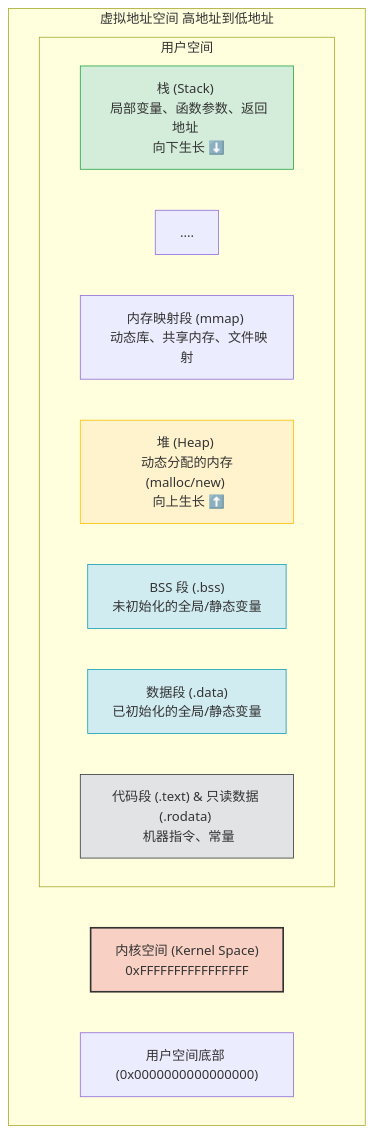
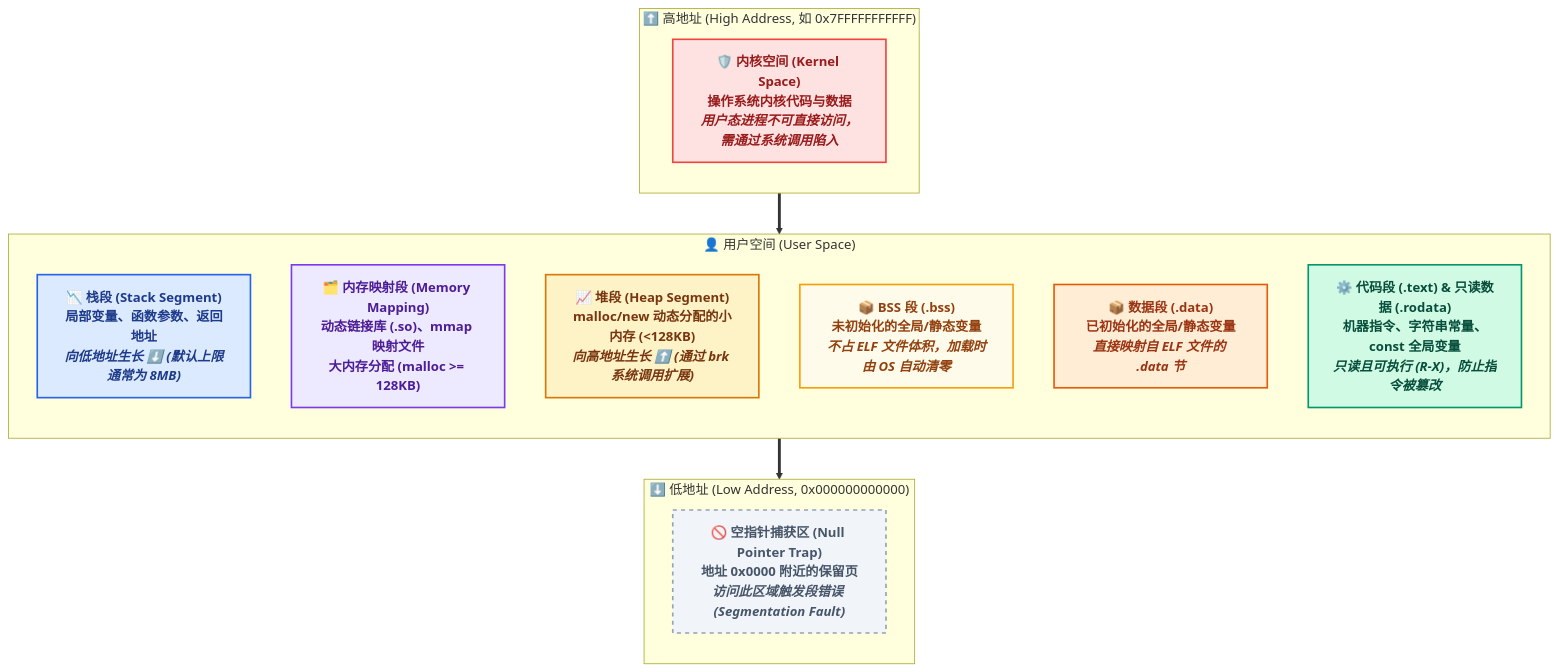
Before and after one commit to dmjcb/dmjcb.github.io: the ninth of 10 diagrams in _posts/c_c++/compile/2021-06-15-编译过程.md, drawn with Mermaid. The commit also changed other lines of this file and 14 other files, not shown here.

````diff
--- a/_posts/c_c++/compile/2021-06-15-编译过程.md
+++ b/_posts/c_c++/compile/2021-06-15-编译过程.md
@@ -670,32 +980,51 @@
 ```mermaid
-graph TB
-    subgraph 虚拟地址空间 高地址到低地址
-        direction LR
-        
-        K["内核空间 (Kernel Space) <br/> 0xFFFFFFFFFFFFFFFF"]
-        
-        subgraph 用户空间
-            direction LR
-            Stack["栈 (Stack) <br/> 局部变量、函数参数、返回地址 <br/> 向下生长 ⬇️"]
-            
-            Space1[" ...."]
-            
-            MMap["内存映射段 (mmap) <br/> 动态库、共享内存、文件映射"]
-            
-            Heap["堆 (Heap) <br/> 动态分配的内存 (malloc/new) <br/> 向上生长 ⬆️"]
-            
-            BSS["BSS 段 (.bss) <br/> 未初始化的全局/静态变量"]
-            Data["数据段 (.data) <br/> 已初始化的全局/静态变量"]
-            Text["代码段 (.text) & 只读数据 (.rodata) <br/> 机器指令、常量"]
-        end
-        
-        U["用户空间底部 (0x0000000000000000)"]
+flowchart TD
+    %% 样式定义 (延续前文色彩体系)
+    classDef kernel fill:#fee2e2,stroke:#ef4444,stroke-width:2px,color:#991b1b,font-weight:bold;
+    classDef stack fill:#dbeafe,stroke:#2563eb,stroke-width:2px,color:#1e3a8a,font-weight:bold;
+    classDef mmap fill:#ede9fe,stroke:#7c3aed,stroke-width:2px,color:#4c1d95,font-weight:bold;
+    classDef heap fill:#fef3c7,stroke:#d97706,stroke-width:2px,color:#78350f,font-weight:bold;
+    classDef data fill:#ffedd5,stroke:#ea580c,stroke-width:2px,color:#9a3412,font-weight:bold;
+    classDef bss fill:#fffbeb,stroke:#f59e0b,stroke-width:2px,color:#92400e,font-weight:bold;
+    classDef text fill:#d1fae5,stroke:#059669,stroke-width:2px,color:#064e3b,font-weight:bold;
+    classDef nullZone fill:#f1f5f9,stroke:#94a3b8,stroke-width:2px,color:#475569,font-weight:bold,stroke-dasharray: 5 5;
+
+    subgraph HighAddr ["⬆️ 高地址 (High Address, 如 0x7FFFFFFFFFFF)"]
+        direction TB
+        K["🛡️ <b>内核空间 (Kernel Space)</b><br/>操作系统内核代码与数据<br/><i>用户态进程不可直接访问，需通过系统调用陷入</i>"]
     end
 
-    style K fill:#f9d0c4,stroke:#333,stroke-width:2px
-    style Stack fill:#d4edda,stroke:#28a745
-    style Heap fill:#fff3cd,stroke:#ffc107
-    style BSS fill:#d1ecf1,stroke:#17a2b8
-    style Data fill:#d1ecf1,stroke:#17a2b8
-    style Text fill:#e2e3e5,stroke:#383d41
+    subgraph UserSpace ["👤 用户空间 (User Space)"]
+        direction TB
+        S["📉 <b>栈段 (Stack Segment)</b><br/>局部变量、函数参数、返回地址<br/><i>向低地址生长 ⬇️ (默认上限通常为 8MB)</i>"]
+        
+        M["🗂️ <b>内存映射段 (Memory Mapping)</b><br/>动态链接库 (.so)、mmap 映射文件<br/>大内存分配 (malloc >= 128KB)"]
+        
+        H["📈 <b>堆段 (Heap Segment)</b><br/>malloc/new 动态分配的小内存 (<128KB)<br/><i>向高地址生长 ⬆️ (通过 brk 系统调用扩展)</i>"]
+        
+        B["📦 <b>BSS 段 (.bss)</b><br/>未初始化的全局/静态变量<br/><i>不占 ELF 文件体积，加载时由 OS 自动清零</i>"]
+        
+        D["📦 <b>数据段 (.data)</b><br/>已初始化的全局/静态变量<br/><i>直接映射自 ELF 文件的 .data 节</i>"]
+        
+        T["⚙️ <b>代码段 (.text) & 只读数据 (.rodata)</b><br/>机器指令、字符串常量、const 全局变量<br/><i>只读且可执行 (R-X)，防止指令被篡改</i>"]
+    end
+
+    subgraph LowAddr ["⬇️ 低地址 (Low Address, 0x000000000000)"]
+        direction TB
+        Null["🚫 <b>空指针捕获区 (Null Pointer Trap)</b><br/>地址 0x0000 附近的保留页<br/><i>访问此区域触发段错误 (Segmentation Fault)</i>"]
+    end
+
+    %% 连线表示地址递减方向
+    HighAddr ==> UserSpace ==> LowAddr
+
+    %% 应用样式
+    class K kernel;
+    class S stack;
+    class M mmap;
+    class H heap;
+    class D data;
+    class B bss;
+    class T text;
+    class Null nullZone;
+
 ```
````
